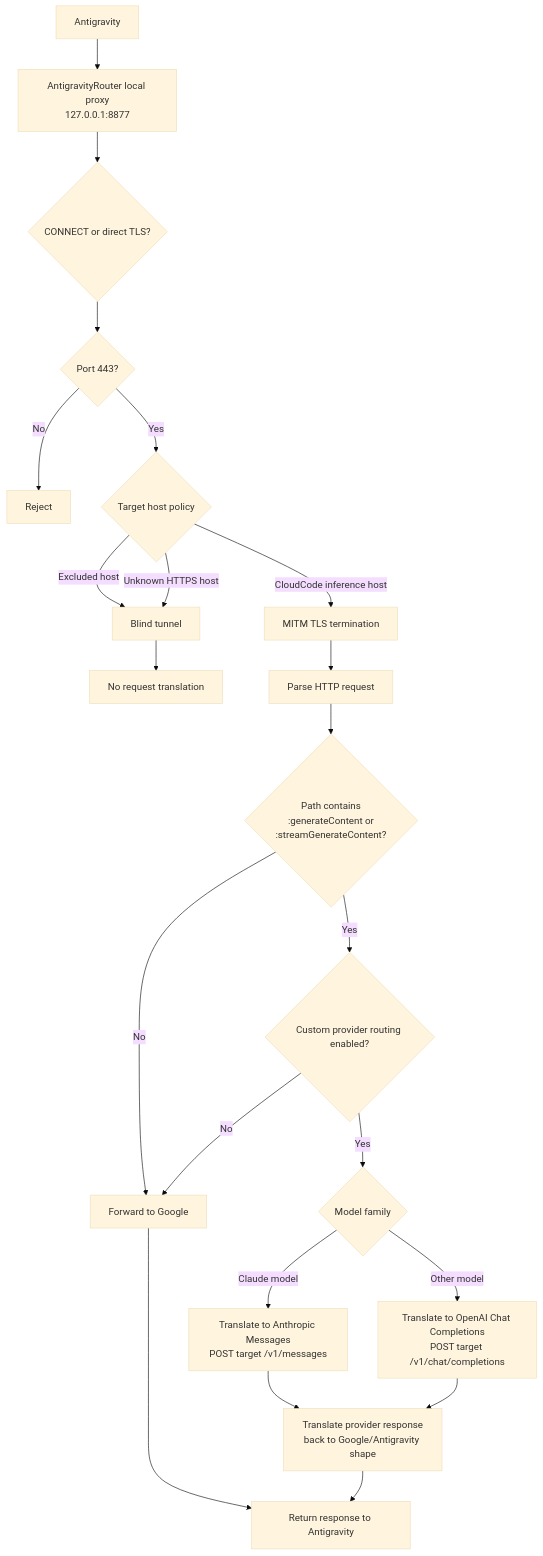
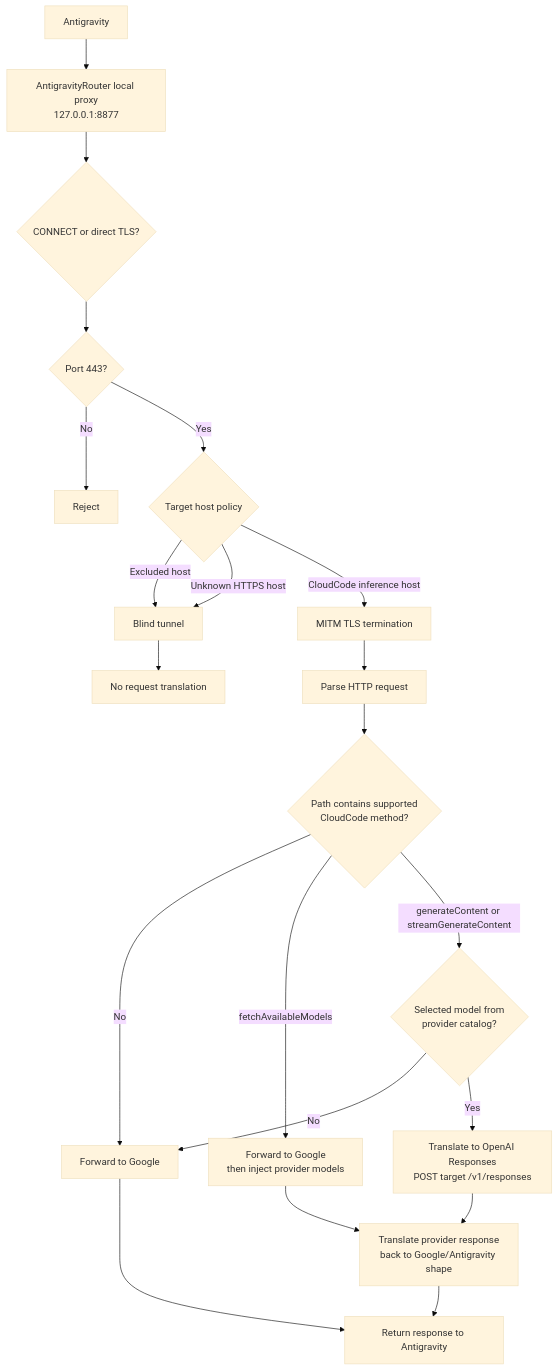
The first of 3 diagrams in README.md (zsecducna/AntigravityRouter), drawn with Mermaid (base theme) before and after one commit. The commit also changed other lines of this file and 17 other files, not shown here.

First line of the commit message:
Route only injected provider models

````diff
--- a/README.md
+++ b/README.md
@@ -34,24 +34,23 @@
 ```mermaid
 flowchart TD
     A["Antigravity"] --> B["AntigravityRouter local proxy<br/>127.0.0.1:8877"]
     B --> C{"CONNECT or direct TLS?"}
     C --> D{"Port 443?"}
     D -->|No| E["Reject"]
     D -->|Yes| F{"Target host policy"}
     F -->|Excluded host| G["Blind tunnel"]
     F -->|Unknown HTTPS host| G
     F -->|CloudCode inference host| H["MITM TLS termination"]
     H --> I["Parse HTTP request"]
-    I --> J{"Path contains<br/>:generateContent or<br/>:streamGenerateContent?"}
+    I --> J{"Path contains supported<br/>CloudCode method?"}
     J -->|No| K["Forward to Google"]
-    J -->|Yes| L{"Custom provider routing enabled?"}
-    L -->|No| K
-    L -->|Yes| M{"Model family"}
-    M -->|Claude model| N["Translate to Anthropic Messages<br/>POST target /v1/messages"]
-    M -->|Other model| O["Translate to OpenAI Chat Completions<br/>POST target /v1/chat/completions"]
+    J -->|fetchAvailableModels| L["Forward to Google<br/>then inject provider models"]
+    J -->|generateContent or streamGenerateContent| M{"Selected model from<br/>provider catalog?"}
+    M -->|No| K
+    M -->|Yes| N["Translate to OpenAI Responses<br/>POST target /v1/responses"]
     N --> P["Translate provider response<br/>back to Google/Antigravity shape"]
-    O --> P
+    L --> P
     P --> Q["Return response to Antigravity"]
     K --> Q
     G --> R["No request translation"]
 ```
````
